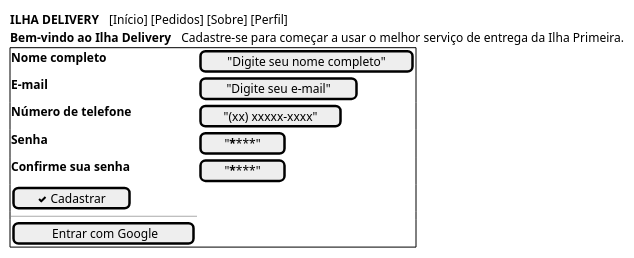
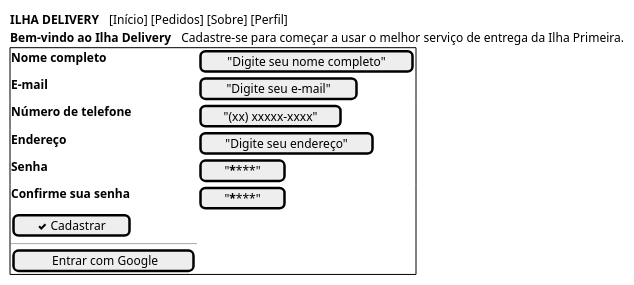
Before and after one commit to Projetos-de-Extensao/2025.1_01_IlhaDelivery: the diagram in assets/prototipo_baixa_fidelidade/cadastro.wsd, drawn with PlantUML. The commit also changed 2 other files, not shown here.

```diff
--- a/assets/prototipo_baixa_fidelidade/cadastro.wsd
+++ b/assets/prototipo_baixa_fidelidade/cadastro.wsd
@@ -1,29 +1,31 @@
 @startsalt Cadastro
 
 {
 {T
   | **ILHA DELIVERY**         | [Início] [Pedidos] [Sobre] [Perfil] |
 }
 
 {T
   | **Bem-vindo ao Ilha Delivery** |
   | Cadastre-se para começar a usar o melhor serviço de entrega da Ilha Primeira. |
 }
 
 {+
   **Nome completo**         | ["Digite seu nome completo"]
   **E-mail**                | ["Digite seu e-mail"]
   **Número de telefone**    | ["(xx) xxxxx-xxxx"]
+  **Endereço**              | ["Digite seu endereço"]
   **Senha**                 | ["********"]
   **Confirme sua senha**    | ["********"]
+
 
   [ <&check> Cadastrar ]
 
   -- ou --
 
   [ <&google> Entrar com Google ]
 }
 
 }
 
 @endsalt
```
